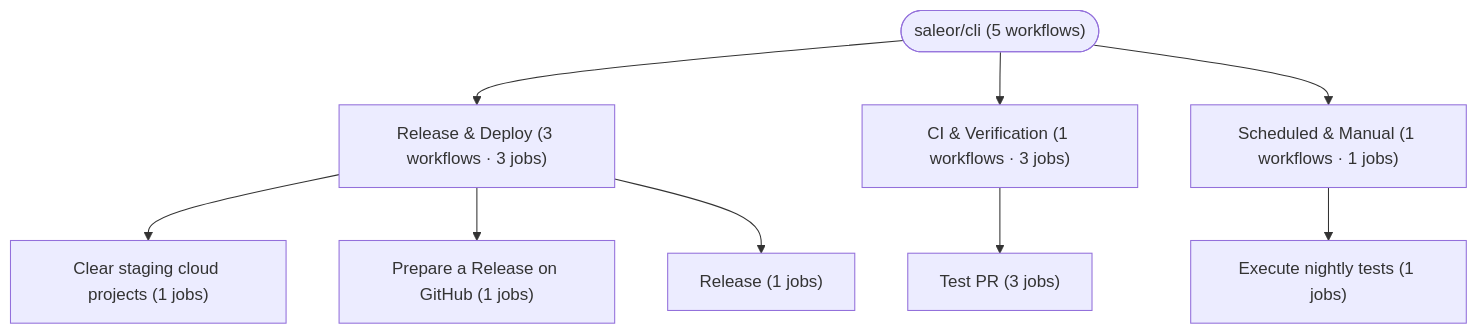
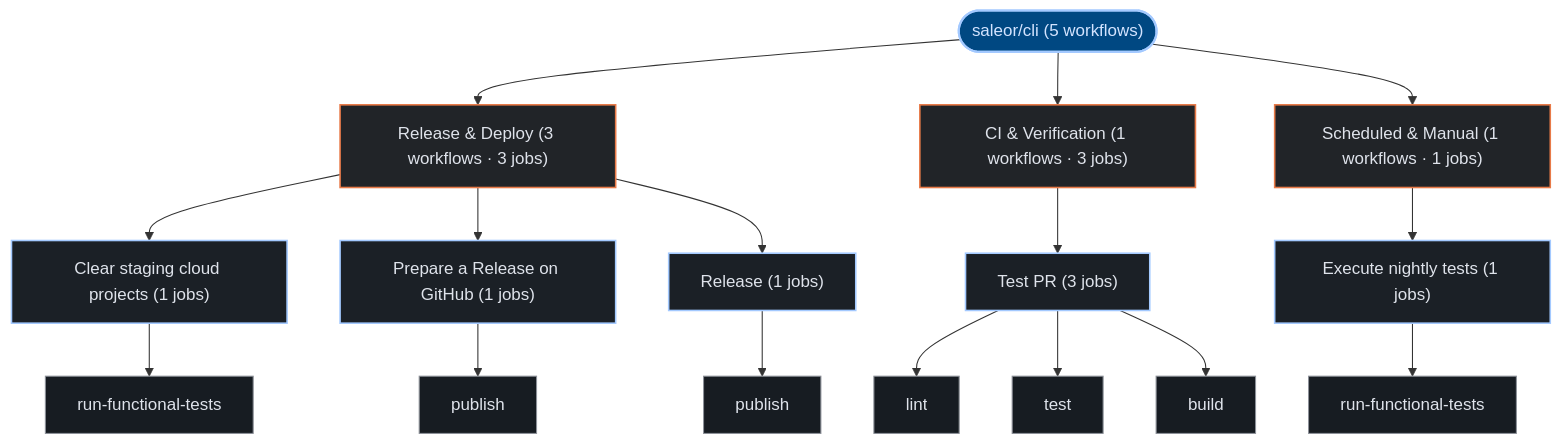
One commit to kumarshaz/atruss-code-atlas changed the third of 3 diagrams in exports/latest/reports/saleor-cli-report.md. Above: the diagram before and after it, drawn with Mermaid. The commit also changed other lines of this file and 331 other files, not shown here.

Commit message:
docs,ui,fix: update SDLC docs, reorder CI/CD DAG first, stylize Mermaid, and fix Arc42 pipeline topology

````diff
--- a/exports/latest/reports/saleor-cli-report.md
+++ b/exports/latest/reports/saleor-cli-report.md
@@ -145,20 +156,41 @@
 ```mermaid
 graph TD;
-  pipeline_root(["saleor/cli (5 workflows)"])
-  grp_0_Release___Deploy["Release & Deploy (3 workflows · 3 jobs)"]
+  classDef atlasRoot fill:#004882,stroke:#a3c9ff,stroke-width:2px,color:#d3e4ff
+  classDef atlasCategory fill:#212428,stroke:#E87A48,stroke-width:1.5px,color:#dfe3eb
+  classDef atlasWorkflow fill:#1b2026,stroke:#a3c9ff,stroke-width:1.5px,color:#dfe3eb
+  classDef atlasJob fill:#171c22,stroke:#8d9199,stroke-width:1px,color:#dfe3eb
+  classDef atlasTarget fill:#005227,stroke:#8bd99b,stroke-width:1.5px,color:#a7f6b6
+  classDef atlasAlert fill:#93000a,stroke:#ffb4ab,stroke-width:1.5px,color:#ffdad6
+  classDef atlasMore fill:#252a31,stroke:#8d9199,stroke-dasharray:4 4,color:#c3c6cf
+  pipeline_root(["saleor/cli (5 workflows)"]):::atlasRoot
+  grp_0_Release___Deploy["Release & Deploy (3 workflows · 3 jobs)"]:::atlasCategory
   pipeline_root --> grp_0_Release___Deploy
-  wf_0_Clear_staging_cloud_projects["Clear staging cloud projects (1 jobs)"]
+  wf_0_Clear_staging_cloud_projects["Clear staging cloud projects (1 jobs)"]:::atlasWorkflow
   grp_0_Release___Deploy --> wf_0_Clear_staging_cloud_projects
-  wf_2_Prepare_a_Release_on_GitHub["Prepare a Release on GitHub (1 jobs)"]
+  job_0_run_functional_tests["run-functional-tests"]:::atlasJob
+  wf_0_Clear_staging_cloud_projects --> job_0_run_functional_tests
+  wf_2_Prepare_a_Release_on_GitHub["Prepare a Release on GitHub (1 jobs)"]:::atlasWorkflow
   grp_0_Release___Deploy --> wf_2_Prepare_a_Release_on_GitHub
-  wf_3_Release["Release (1 jobs)"]
+  job_2_publish["publish"]:::atlasJob
+  wf_2_Prepare_a_Release_on_GitHub --> job_2_publish
+  wf_3_Release["Release (1 jobs)"]:::atlasWorkflow
   grp_0_Release___Deploy --> wf_3_Release
-  grp_1_CI___Verification["CI & Verification (1 workflows · 3 jobs)"]
+  job_3_publish["publish"]:::atlasJob
+  wf_3_Release --> job_3_publish
+  grp_1_CI___Verification["CI & Verification (1 workflows · 3 jobs)"]:::atlasCategory
   pipeline_root --> grp_1_CI___Verification
-  wf_1_Test_PR["Test PR (3 jobs)"]
+  wf_1_Test_PR["Test PR (3 jobs)"]:::atlasWorkflow
   grp_1_CI___Verification --> wf_1_Test_PR
-  grp_2_Scheduled___Manual["Scheduled & Manual (1 workflows · 1 jobs)"]
+  job_1_lint["lint"]:::atlasJob
+  job_1_test["test"]:::atlasJob
+  job_1_build["build"]:::atlasJob
+  wf_1_Test_PR --> job_1_lint
+  wf_1_Test_PR --> job_1_test
+  wf_1_Test_PR --> job_1_build
+  grp_2_Scheduled___Manual["Scheduled & Manual (1 workflows · 1 jobs)"]:::atlasCategory
   pipeline_root --> grp_2_Scheduled___Manual
-  wf_4_Execute_nightly_tests["Execute nightly tests (1 jobs)"]
+  wf_4_Execute_nightly_tests["Execute nightly tests (1 jobs)"]:::atlasWorkflow
   grp_2_Scheduled___Manual --> wf_4_Execute_nightly_tests
+  job_4_run_functional_tests["run-functional-tests"]:::atlasJob
+  wf_4_Execute_nightly_tests --> job_4_run_functional_tests
 ```
````
